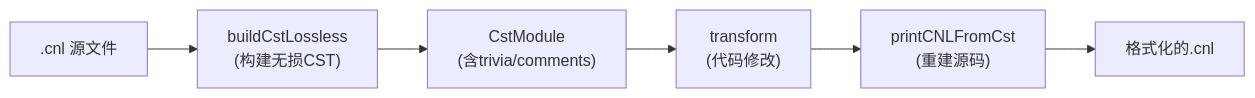
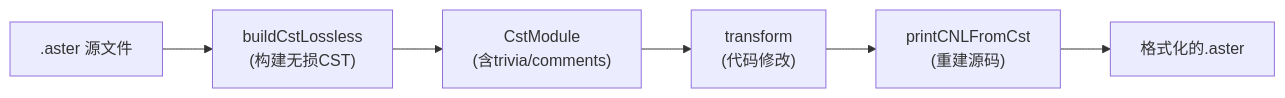
Before and after one commit to aster-cloud/aster-lang: the third of 11 diagrams in docs/architecture.md, drawn with Mermaid. The commit also changed other lines of this file and 284 other files, not shown here.

First line of the commit message:
重构: 将文件扩展名从 .cnl 迁移至 .aster

````diff
--- a/docs/architecture.md
+++ b/docs/architecture.md
@@ -70,11 +70,11 @@
 ```mermaid
 flowchart LR
-    Source[".cnl 源文件"]
+    Source[".aster 源文件"]
     CSTBuild["buildCstLossless<br/>(构建无损CST)"]
     CST["CstModule<br/>(含trivia/comments)"]
     Transform["transform<br/>(代码修改)"]
     Print["printCNLFromCst<br/>(重建源码)"]
-    Output["格式化的.cnl"]
+    Output["格式化的.aster"]
 
     Source --> CSTBuild --> CST --> Transform --> Print --> Output
 ```
````
